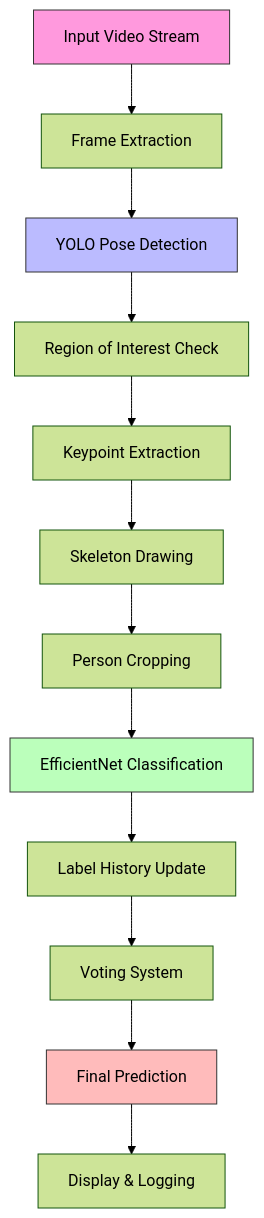
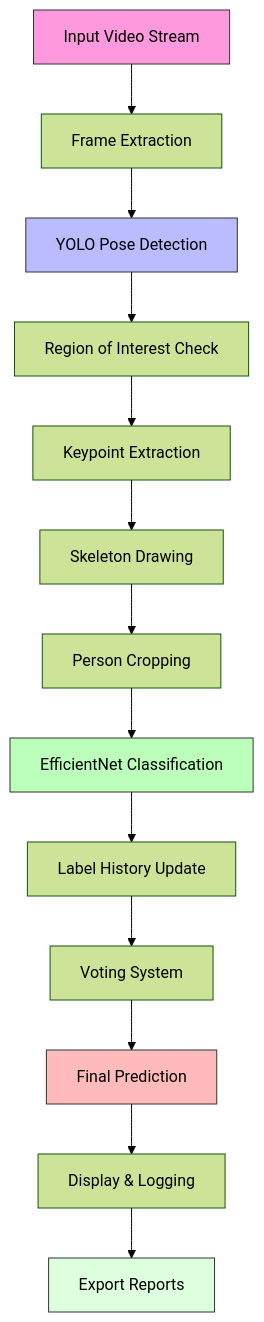
The diagram in Readme.md (BaoHan1712/Hybrid-Pose-Bahavior-Detection-System), drawn with Mermaid (forest theme) before and after one commit. The commit also changed other lines of this file, not shown here.

````diff
--- a/Readme.md
+++ b/Readme.md
@@ -8,18 +8,20 @@
 ```mermaid
 graph TD
 A[Input Video Stream] --> B[Frame Extraction]
 B --> C[YOLO Pose Detection]
 C --> D[Region of Interest Check]
 D --> E[Keypoint Extraction]
 E --> F[Skeleton Drawing]
 F --> G[Person Cropping]
 G --> H[EfficientNet Classification]
 H --> I[Label History Update]
 I --> J[Voting System]
 J --> K[Final Prediction]
 K --> L[Display & Logging]
+L --> M[Export Reports]
 style A fill:#f9d,stroke:#333
 style C fill:#bbf,stroke:#333
 style H fill:#bfb,stroke:#333
 style K fill:#fbb,stroke:#333
+style M fill:#dfd,stroke:#333
 ```
````
